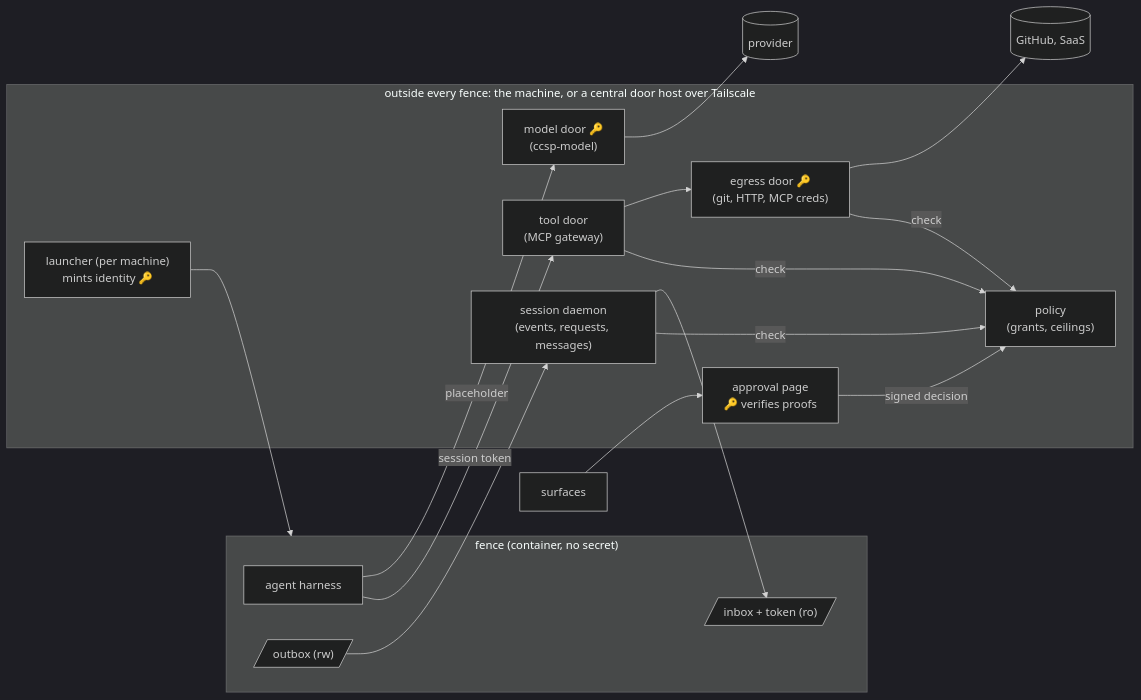
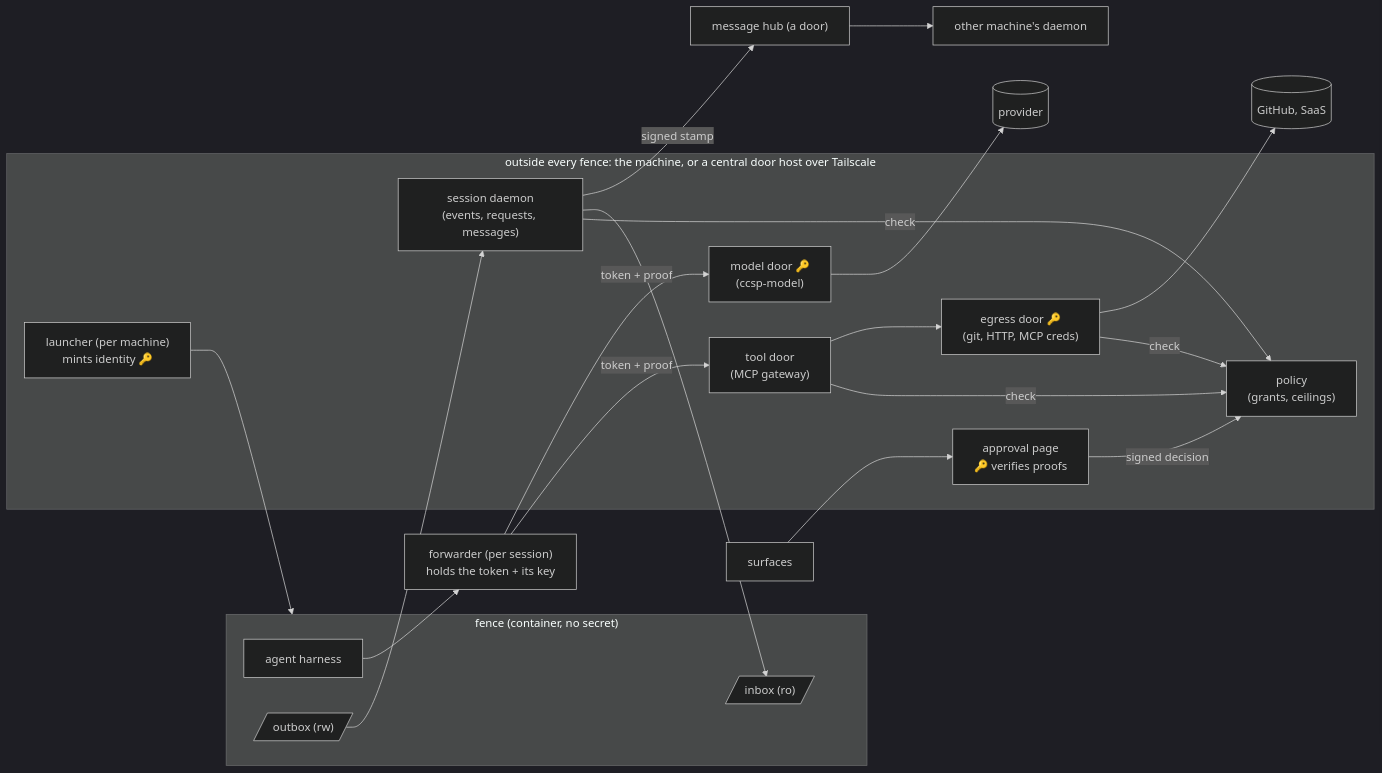
Before and after one commit to landovsky/cc-sandbox: the diagram in docs/cc-unified-model.md, drawn with Mermaid (dark theme). The commit also changed other lines of this file and 5 other files, not shown here.

````diff
--- a/docs/cc-unified-model.md
+++ b/docs/cc-unified-model.md
@@ -121,25 +121,28 @@
 ```mermaid
 flowchart LR
   subgraph FENCE["fence (container, no secret)"]
     AG["agent harness"]
     OUT[/"outbox (rw)"/]
-    IN[/"inbox + token (ro)"/]
+    IN[/"inbox (ro)"/]
   end
+  FWD["forwarder (per session)<br/>holds the token + its key"]
   subgraph HOST["outside every fence: the machine, or a central door host over Tailscale"]
     L["launcher (per machine)<br/>mints identity 🔑"]
     MD["model door 🔑<br/>(ccsp-model)"]
     TD["tool door<br/>(MCP gateway)"]
     ED["egress door 🔑<br/>(git, HTTP, MCP creds)"]
     SD["session daemon<br/>(events, requests, messages)"]
     P["policy<br/>(grants, ceilings)"]
     AP["approval page<br/>🔑 verifies proofs"]
   end
   L --> FENCE
-  AG -- placeholder --> MD --> LLM[(provider)]
-  AG -- session token --> TD --> ED --> UP[(GitHub, SaaS)]
+  AG --> FWD
+  FWD -- token + proof --> MD --> LLM[(provider)]
+  FWD -- token + proof --> TD --> ED --> UP[(GitHub, SaaS)]
+  SD -- signed stamp --> HUB["message hub (a door)"] --> SD2["other machine's daemon"]
   OUT --> SD
   SD --> IN
   TD & ED & SD -- check --> P
   AP -- signed decision --> P
   SF[surfaces] --> AP
 ```
````
